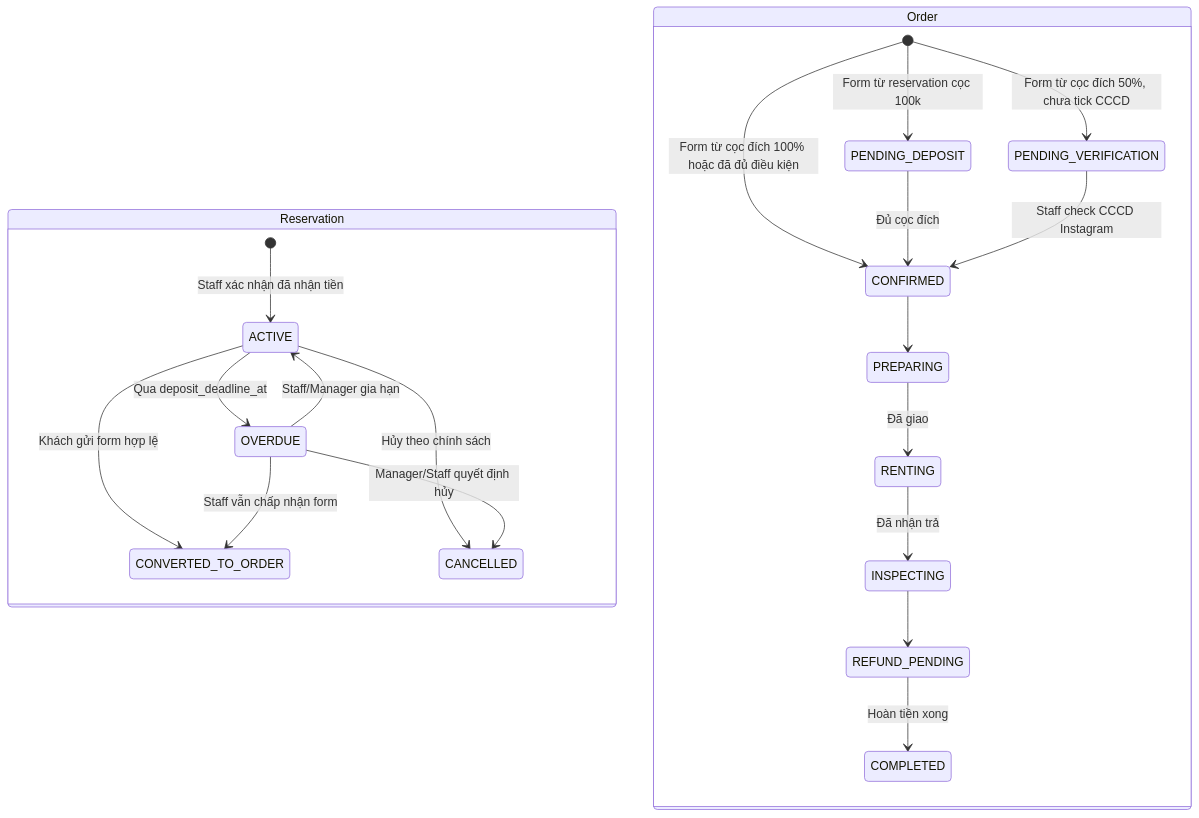
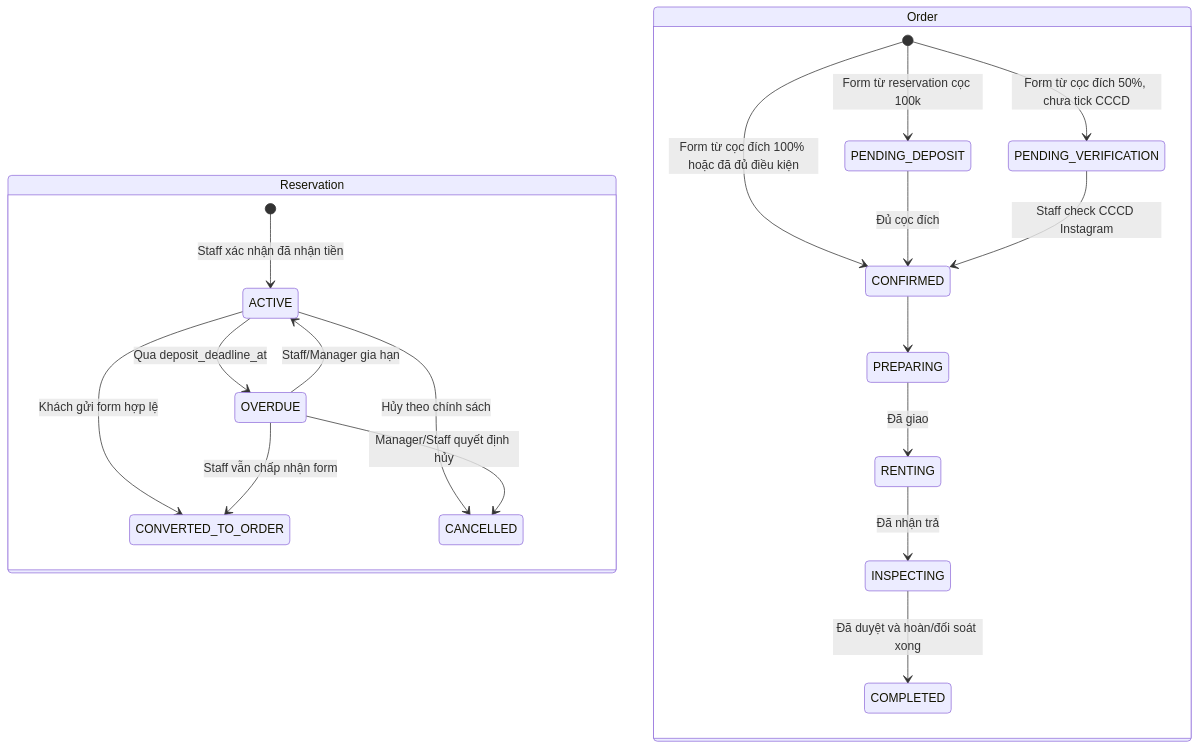
One commit to Nam1305/AuraRental changed the second of 3 diagrams in DESIGN.md. Above: the diagram before and after it, drawn with Mermaid. The commit also changed other lines of this file and 6 other files, not shown here.

````diff
--- a/DESIGN.md
+++ b/DESIGN.md
@@ -98,25 +102,24 @@
 ```mermaid
 stateDiagram-v2
     state "Reservation" as reservation {
       [*] --> ACTIVE: Staff xác nhận đã nhận tiền
       ACTIVE --> OVERDUE: Qua deposit_deadline_at
       OVERDUE --> ACTIVE: Staff/Manager gia hạn
       ACTIVE --> CONVERTED_TO_ORDER: Khách gửi form hợp lệ
       OVERDUE --> CONVERTED_TO_ORDER: Staff vẫn chấp nhận form
       ACTIVE --> CANCELLED: Hủy theo chính sách
       OVERDUE --> CANCELLED: Manager/Staff quyết định hủy
     }
 
     state "Order" as order {
       [*] --> PENDING_DEPOSIT: Form từ reservation cọc 100k
       [*] --> PENDING_VERIFICATION: Form từ cọc đích 50%, chưa tick CCCD
       [*] --> CONFIRMED: Form từ cọc đích 100% hoặc đã đủ điều kiện
       PENDING_DEPOSIT --> CONFIRMED: Đủ cọc đích
       PENDING_VERIFICATION --> CONFIRMED: Staff check CCCD Instagram
       CONFIRMED --> PREPARING
       PREPARING --> RENTING: Đã giao
       RENTING --> INSPECTING: Đã nhận trả
-      INSPECTING --> REFUND_PENDING
-      REFUND_PENDING --> COMPLETED: Hoàn tiền xong
+      INSPECTING --> COMPLETED: Đã duyệt và hoàn/đối soát xong
     }
 ```
````
